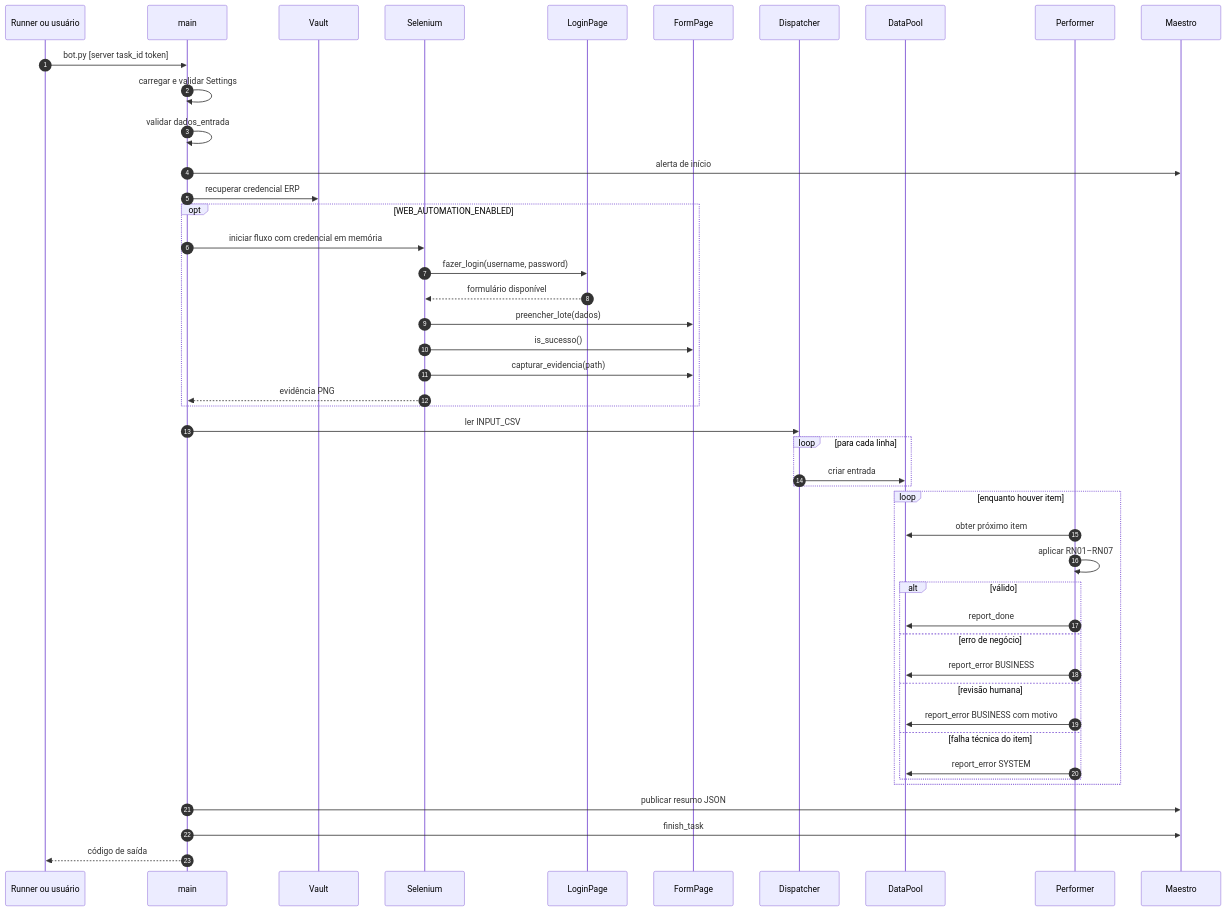
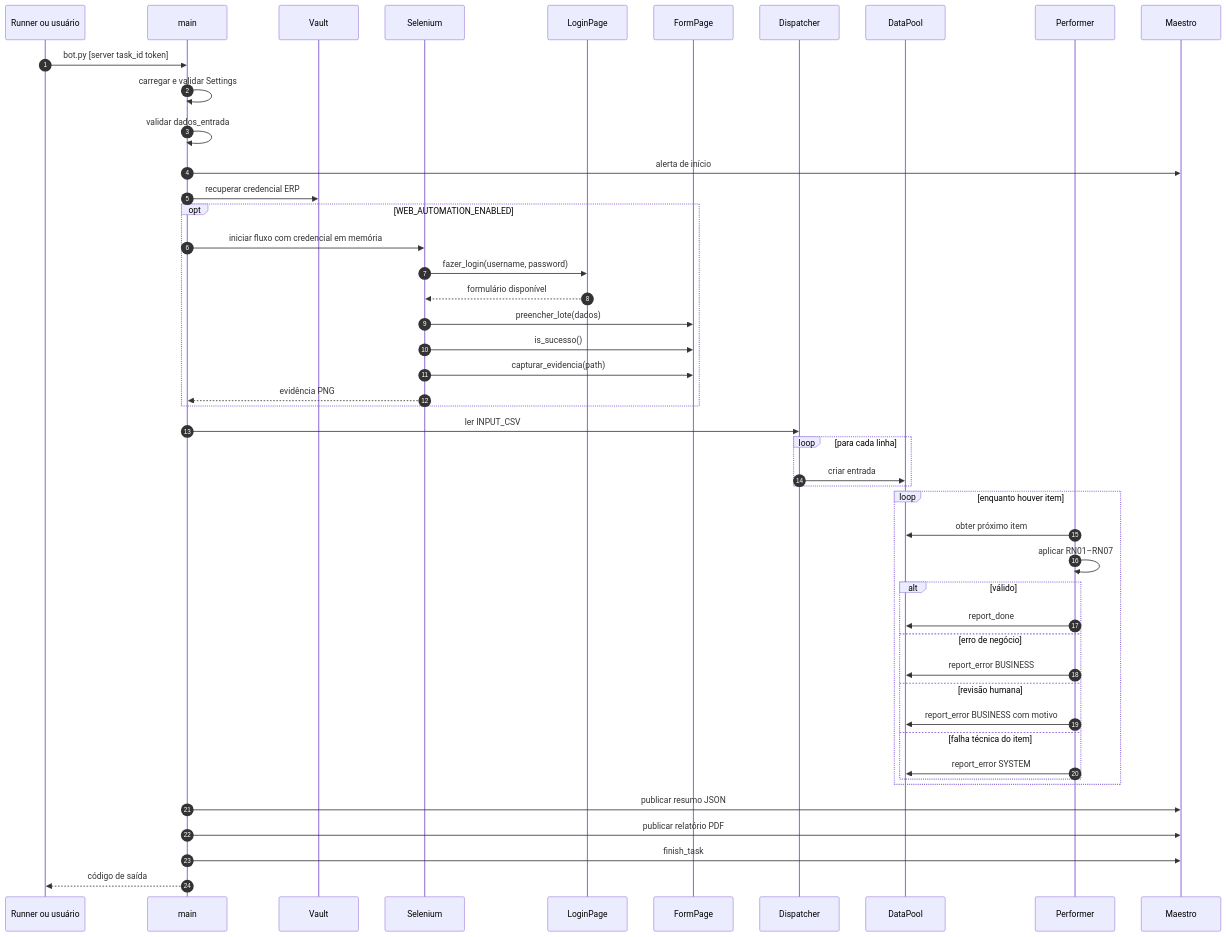
One commit to g-f307/conferencia-de-lotes changed the second of 3 diagrams in docs/ARQUITETURA.md. Above: the diagram before and after it, drawn with Mermaid. The commit also changed other lines of this file and 13 other files, not shown here.

Commit message:
feat(reporting): gerar e publicar relatorio PDF de evidencias (#40)

````diff
--- a/docs/ARQUITETURA.md
+++ b/docs/ARQUITETURA.md
@@ -124,53 +124,54 @@
 ```mermaid
 sequenceDiagram
     autonumber
     participant R as Runner ou usuário
     participant M as main
     participant V as Vault
     participant W as Selenium
     participant L as LoginPage
     participant F as FormPage
     participant D as Dispatcher
     participant Q as DataPool
     participant P as Performer
     participant B as Maestro
 
     R->>M: bot.py [server task_id token]
     M->>M: carregar e validar Settings
     M->>M: validar dados_entrada
     M->>B: alerta de início
     M->>V: recuperar credencial ERP
 
     opt WEB_AUTOMATION_ENABLED
         M->>W: iniciar fluxo com credencial em memória
         W->>L: fazer_login(username, password)
         L-->>W: formulário disponível
         W->>F: preencher_lote(dados)
         W->>F: is_sucesso()
         W->>F: capturar_evidencia(path)
         W-->>M: evidência PNG
     end
 
     M->>D: ler INPUT_CSV
     loop para cada linha
         D->>Q: criar entrada
     end
 
     loop enquanto houver item
         P->>Q: obter próximo item
         P->>P: aplicar RN01–RN07
         alt válido
             P->>Q: report_done
         else erro de negócio
             P->>Q: report_error BUSINESS
         else revisão humana
             P->>Q: report_error BUSINESS com motivo
         else falha técnica do item
             P->>Q: report_error SYSTEM
         end
     end
 
     M->>B: publicar resumo JSON
+    M->>B: publicar relatório PDF
     M->>B: finish_task
     M-->>R: código de saída
 ```
````
